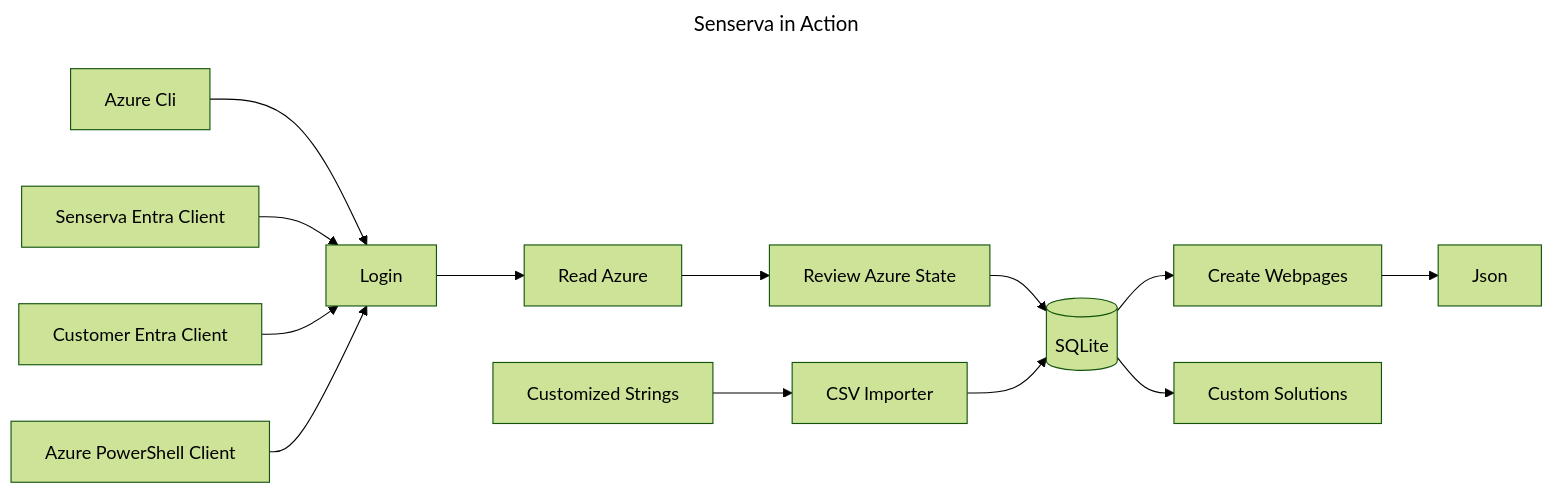
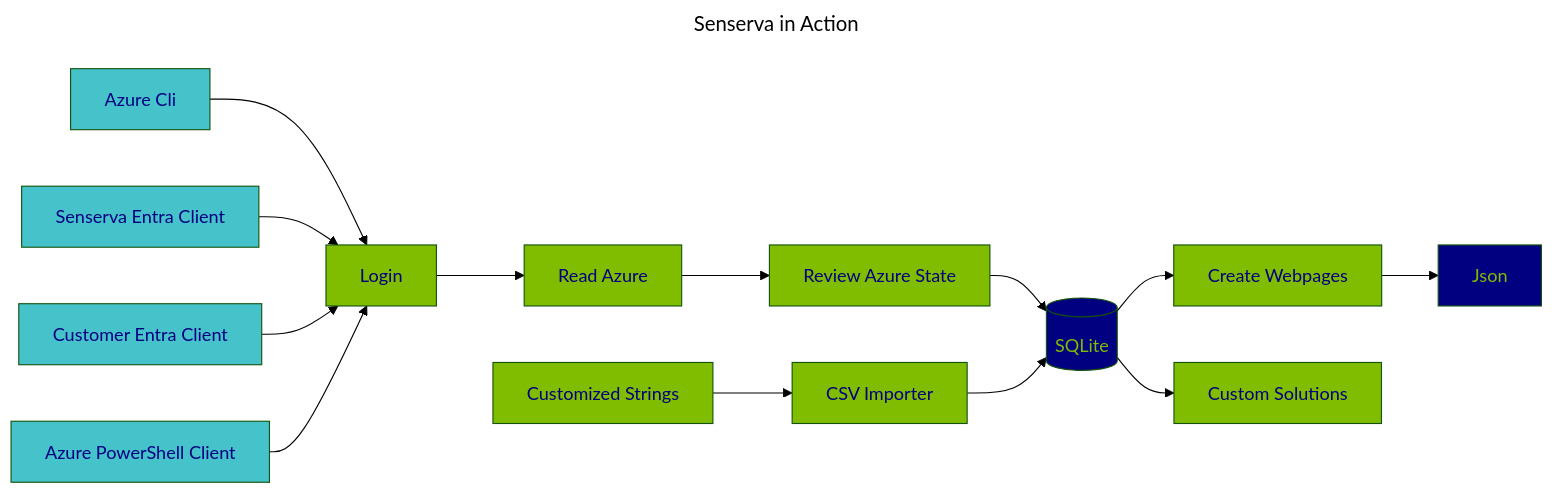
One commit to Senserva-LLC/Senserva-Inquisitor changed the first of 2 diagrams in README.md. Above: the diagram before and after it, drawn with Mermaid (forest theme). The commit also changed other lines of this file, not shown here.

````diff
--- a/README.md
+++ b/README.md
@@ -79,17 +79,31 @@
 ```mermaid
 ---
 title: Senserva in Action
 ---
 
 
 graph LR;
     Login --> read-azure[Read Azure] --> Review-Azure-State[Review Azure State] --> Database[(SQLite)] --> Create-Webpages[Create Webpages];
     Azure-Cli-Client[Azure Cli] -->Login;
     Senserva-EntraID-Client[Senserva Entra Client] -->Login;
     Customer-EntraID-Client[Customer Entra Client] -->Login;
     Powershell-Cli-Client[Azure PowerShell Client] -->Login;
     User-Customized-Strings[Customized Strings] --> CSV-Importer[CSV Importer];
     CSV-Importer --> Database[(SQLite)]
     Create-Webpages --> Json;
     Database[(SQLite)] --> Custom-Solutions[Custom Solutions]
+style Login fill:#80BC00,color:#000080
+style Customer-EntraID-Client fill:#46C2CB,color:#000080
+style Azure-Cli-Client fill:#46C2CB,color:#000080
+style Senserva-EntraID-Client fill:#46C2CB,color:#000080
+style Powershell-Cli-Client fill:#46C2CB,color:#000080
+style CSV-Importer fill:#80BC00,color:#000080
+style Create-Webpages fill:#80BC00,color:#000080
+style Database fill:#000080,color:#80BC00
+style Custom-Solutions fill:#80BC00,color:#000080
+style Create-Webpages fill:#80BC00,color:#000080
+style Review-Azure-State fill:#80BC00,color:#000080
+style read-azure fill:#80BC00,color:#000080
+style User-Customized-Strings fill:#80BC00,color:#000080
+style Json fill:#000080,color:#80BC00
 ```
````
